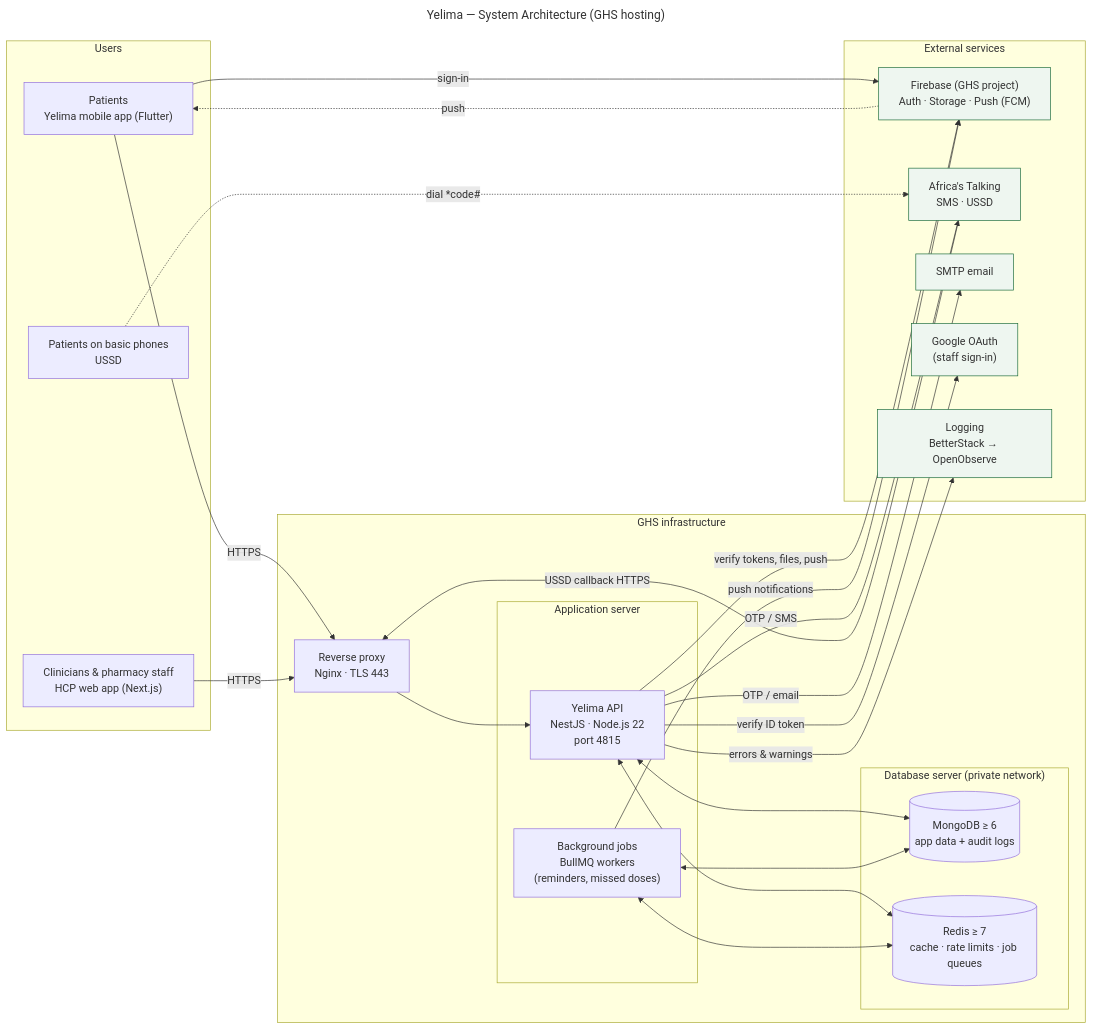
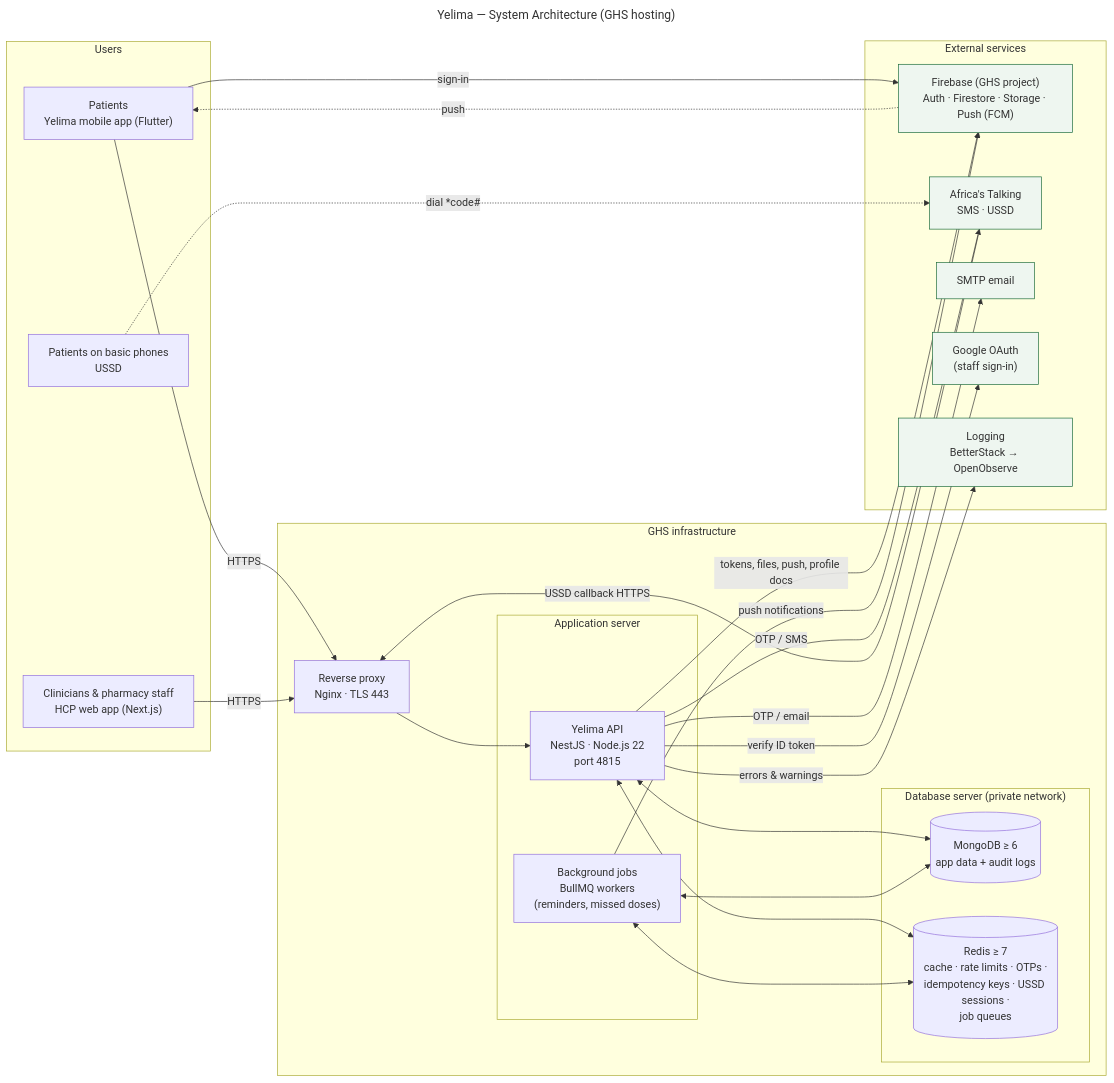
One commit to Zomujo/dnh-server changed the diagram in docs/diagrams/architecture.mmd. Above: the diagram before and after it, drawn with Mermaid. The commit also changed 8 other files, not shown here.

First line of the commit message:
docs(diagrams): correct ERD, architecture and data flow against the code

```diff
--- a/docs/diagrams/architecture.mmd
+++ b/docs/diagrams/architecture.mmd
@@ -1,50 +1,50 @@
 ---
 title: Yelima — System Architecture (GHS hosting)
 ---
 flowchart LR
   subgraph Users
     P["Patients<br/>Yelima mobile app (Flutter)"]
     U["Patients on basic phones<br/>USSD"]
     H["Clinicians & pharmacy staff<br/>HCP web app (Next.js)"]
   end
 
   subgraph GHS["GHS infrastructure"]
     RP["Reverse proxy<br/>Nginx · TLS 443"]
     subgraph APP["Application server"]
       API["Yelima API<br/>NestJS · Node.js 22<br/>port 4815"]
       W["Background jobs<br/>BullMQ workers<br/>(reminders, missed doses)"]
     end
     subgraph DB["Database server (private network)"]
       M[("MongoDB ≥ 6<br/>app data + audit logs")]
-      R[("Redis ≥ 7<br/>cache · rate limits · job queues")]
+      R[("Redis ≥ 7<br/>cache · rate limits · OTPs ·<br/>idempotency keys · USSD sessions ·<br/>job queues")]
     end
   end
 
   subgraph EXT["External services"]
-    FB["Firebase (GHS project)<br/>Auth · Storage · Push (FCM)"]
+    FB["Firebase (GHS project)<br/>Auth · Firestore · Storage · Push (FCM)"]
     AT["Africa's Talking<br/>SMS · USSD"]
     SM["SMTP email"]
     GO["Google OAuth<br/>(staff sign-in)"]
     LG["Logging<br/>BetterStack → OpenObserve"]
   end
 
   P -- HTTPS --> RP
   H -- HTTPS --> RP
   U -. dial *code# .-> AT
   AT -- USSD callback HTTPS --> RP
   RP --> API
   API <--> M
   API <--> R
   W <--> R
   W <--> M
-  API -- verify tokens, files, push --> FB
+  API -- tokens, files, push, profile docs --> FB
   P -- sign-in --> FB
   W -- push notifications --> FB
   FB -. push .-> P
   API -- OTP / SMS --> AT
   API -- OTP / email --> SM
   API -- verify ID token --> GO
   API -- errors & warnings --> LG
 
   classDef ext fill:#eef6f0,stroke:#1b6b3a;
   class FB,AT,SM,GO,LG ext;
```
